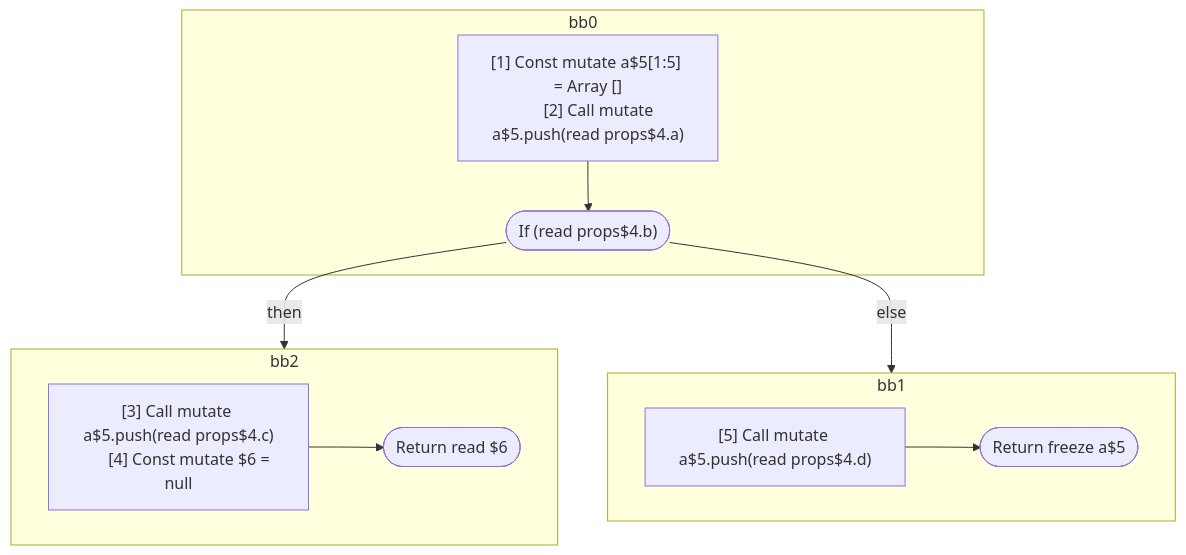
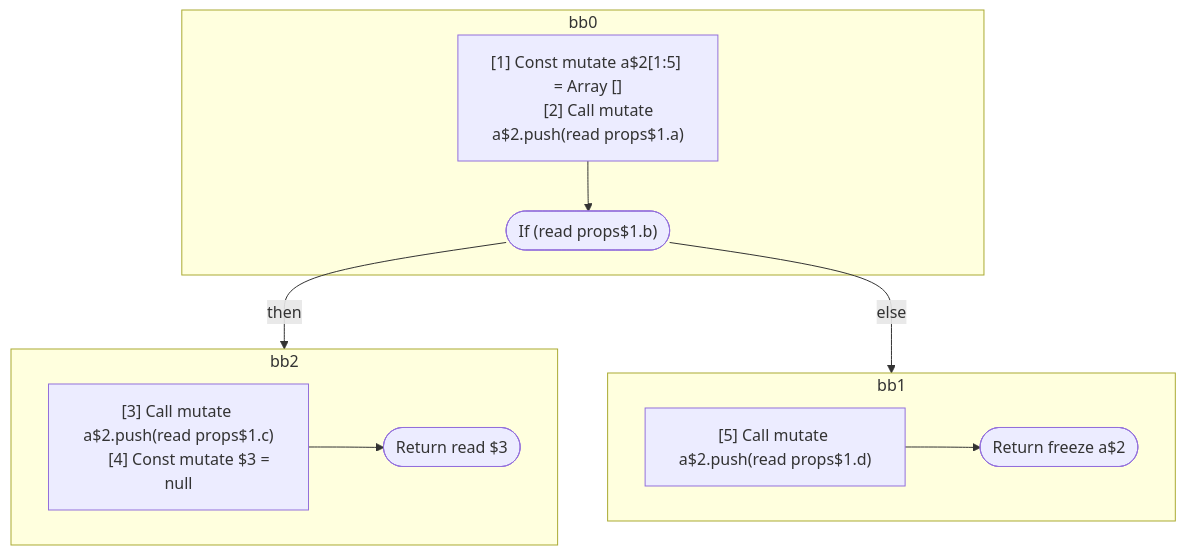
Before and after one commit to wutsmog/private: the third of 5 diagrams in compiler/forget/src/__tests__/fixtures/hir/conditional-break.expect.md, drawn with Mermaid. The commit also changed other lines of this file and 57 other files, not shown here.

````diff
--- a/compiler/forget/src/__tests__/fixtures/hir/conditional-break.expect.md
+++ b/compiler/forget/src/__tests__/fixtures/hir/conditional-break.expect.md
@@ -224,29 +224,29 @@
 ```mermaid
 flowchart TB
   %% Basic Blocks
   subgraph bb0
     bb0_instrs["
-      [1] Const mutate a$5[1:5] = Array []
-      [2] Call mutate a$5.push(read props$4.a)
+      [1] Const mutate a$2[1:5] = Array []
+      [2] Call mutate a$2.push(read props$1.a)
     "]
-    bb0_instrs --> bb0_terminal(["If (read props$4.b)"])
+    bb0_instrs --> bb0_terminal(["If (read props$1.b)"])
   end
   subgraph bb2
     bb2_instrs["
-      [3] Call mutate a$5.push(read props$4.c)
-      [4] Const mutate $6 = null
+      [3] Call mutate a$2.push(read props$1.c)
+      [4] Const mutate $3 = null
     "]
-    bb2_instrs --> bb2_terminal(["Return read $6"])
+    bb2_instrs --> bb2_terminal(["Return read $3"])
   end
   subgraph bb1
     bb1_instrs["
-      [5] Call mutate a$5.push(read props$4.d)
+      [5] Call mutate a$2.push(read props$1.d)
     "]
-    bb1_instrs --> bb1_terminal(["Return freeze a$5"])
+    bb1_instrs --> bb1_terminal(["Return freeze a$2"])
   end
 
   %% Jumps
   bb0_terminal -- then --> bb2
   bb0_terminal -- else --> bb1
 
 ```
````
